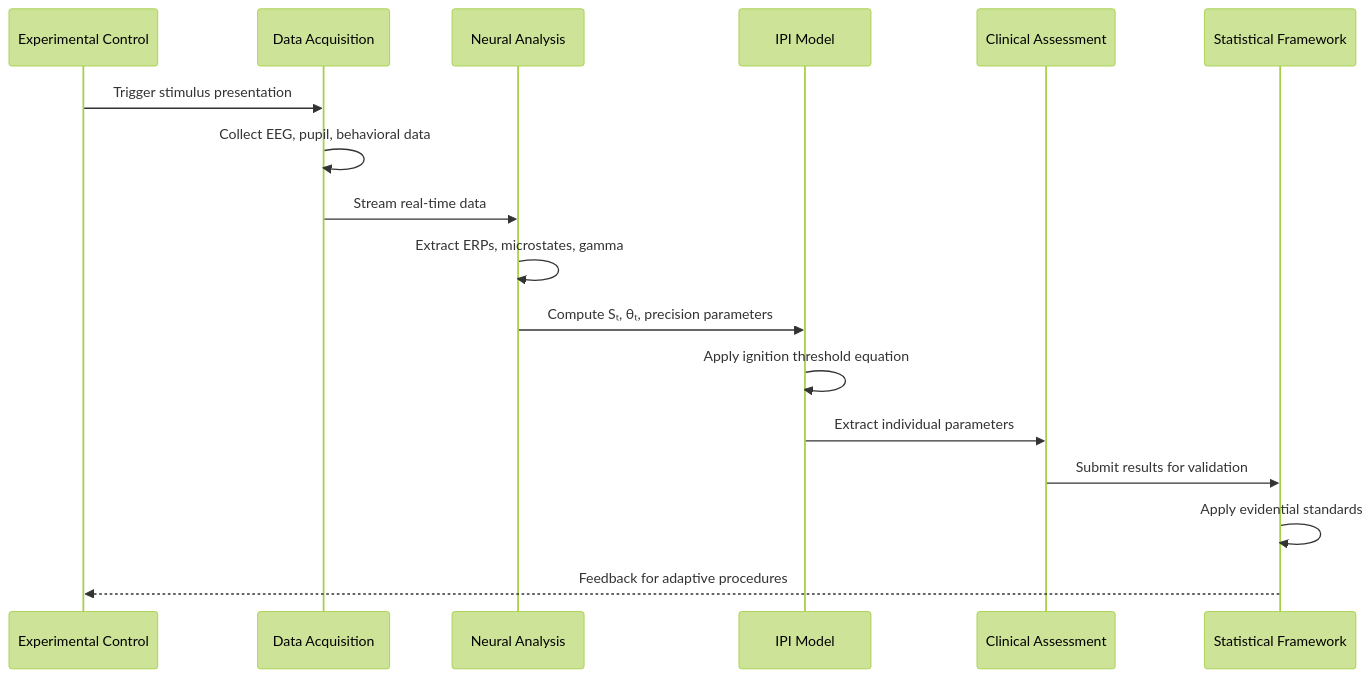
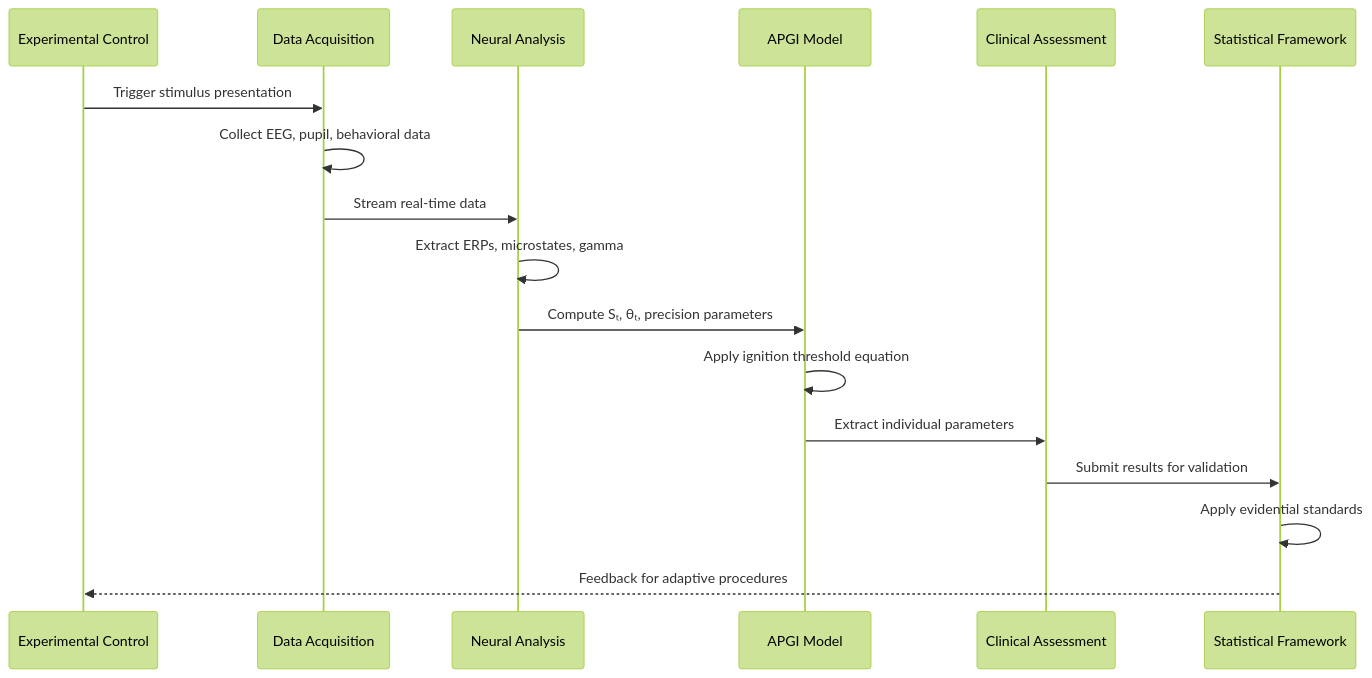
Before and after one commit to lesoto/apgi-experiments: the second of 2 diagrams in .kiro/specs/ipi-framework-implementation/design.md, drawn with Mermaid (forest theme). The commit also changed other lines of this file and 321 other files, not shown here.

Commit message:
renamed from ipi to apgi

````diff
--- a/.kiro/specs/ipi-framework-implementation/design.md
+++ b/.kiro/specs/ipi-framework-implementation/design.md
@@ -94,20 +94,20 @@
 ```mermaid
 sequenceDiagram
     participant Experiment as Experimental Control
     participant Acquisition as Data Acquisition
     participant Analysis as Neural Analysis
-    participant Model as IPI Model
+    participant Model as APGI Model
     participant Clinical as Clinical Assessment
     participant Stats as Statistical Framework
     
     Experiment->>Acquisition: Trigger stimulus presentation
     Acquisition->>Acquisition: Collect EEG, pupil, behavioral data
     Acquisition->>Analysis: Stream real-time data
     Analysis->>Analysis: Extract ERPs, microstates, gamma
     Analysis->>Model: Compute Sₜ, θₜ, precision parameters
     Model->>Model: Apply ignition threshold equation
     Model->>Clinical: Extract individual parameters
     Clinical->>Stats: Submit results for validation
     Stats->>Stats: Apply evidential standards
     Stats-->>Experiment: Feedback for adaptive procedures
 ```
````
